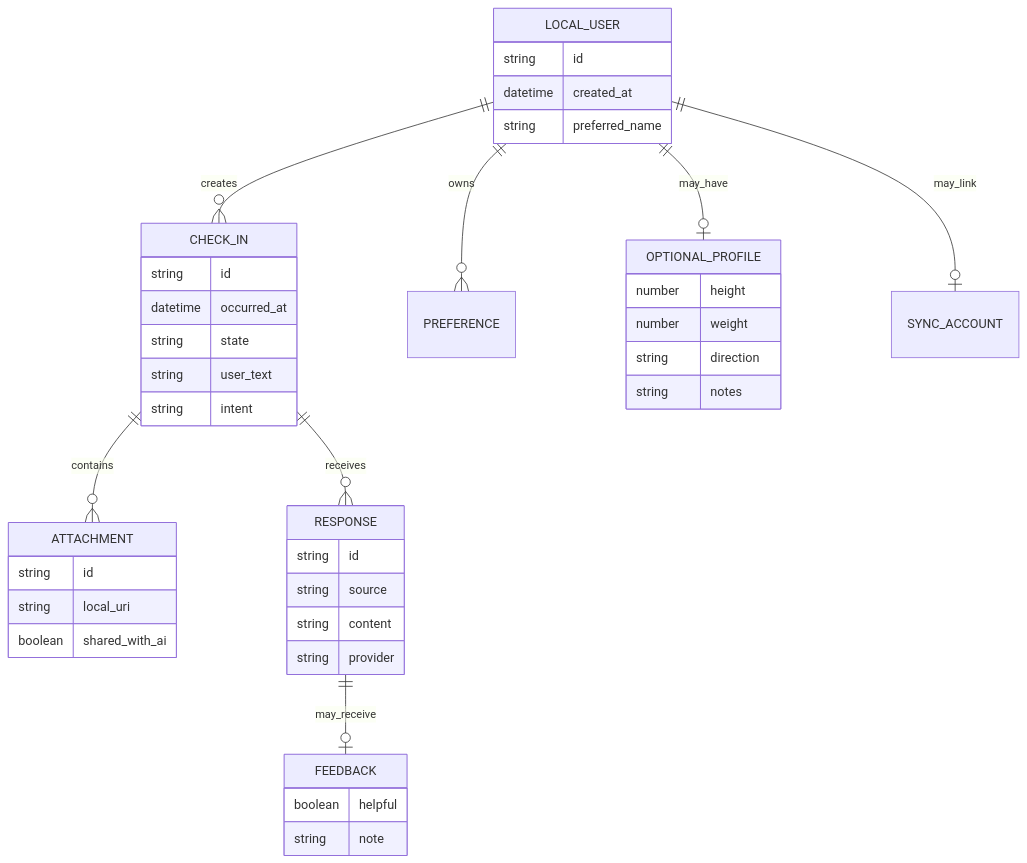
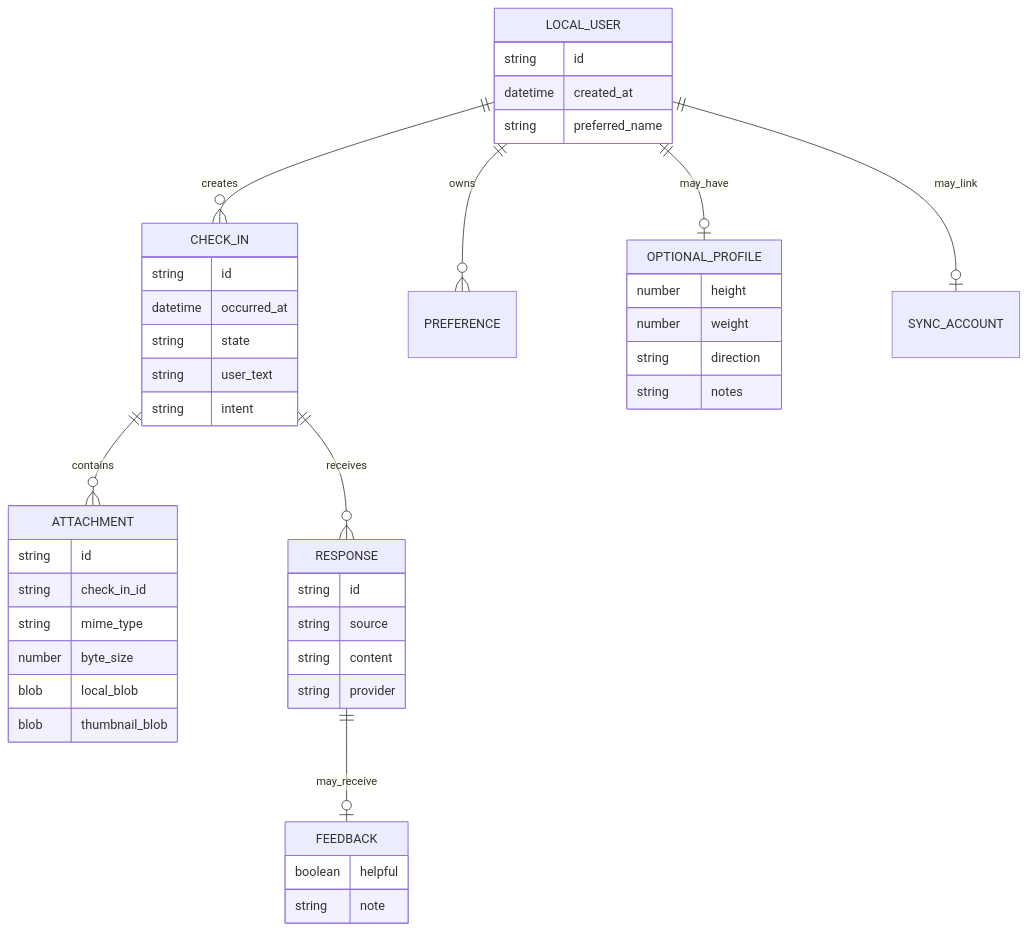
Before and after one commit to oukeming64-tech/different-diary: the fourth of 4 diagrams in docs/03-架构图.md, drawn with Mermaid. The commit also changed other lines of this file and 20 other files, not shown here.

````diff
--- a/docs/03-架构图.md
+++ b/docs/03-架构图.md
@@ -171,49 +172,52 @@
 ```mermaid
 erDiagram
     LOCAL_USER ||--o{ CHECK_IN : creates
     LOCAL_USER ||--o{ PREFERENCE : owns
     LOCAL_USER ||--o| OPTIONAL_PROFILE : may_have
     CHECK_IN ||--o{ ATTACHMENT : contains
     CHECK_IN ||--o{ RESPONSE : receives
     RESPONSE ||--o| FEEDBACK : may_receive
     LOCAL_USER ||--o| SYNC_ACCOUNT : may_link
 
     LOCAL_USER {
         string id
         datetime created_at
         string preferred_name
     }
 
     OPTIONAL_PROFILE {
         number height
         number weight
         string direction
         string notes
     }
 
     CHECK_IN {
         string id
         datetime occurred_at
         string state
         string user_text
         string intent
     }
 
     ATTACHMENT {
         string id
-        string local_uri
-        boolean shared_with_ai
+        string check_in_id
+        string mime_type
+        number byte_size
+        blob local_blob
+        blob thumbnail_blob
     }
 
     RESPONSE {
         string id
         string source
         string content
         string provider
     }
 
     FEEDBACK {
         boolean helpful
         string note
     }
 ```
````
